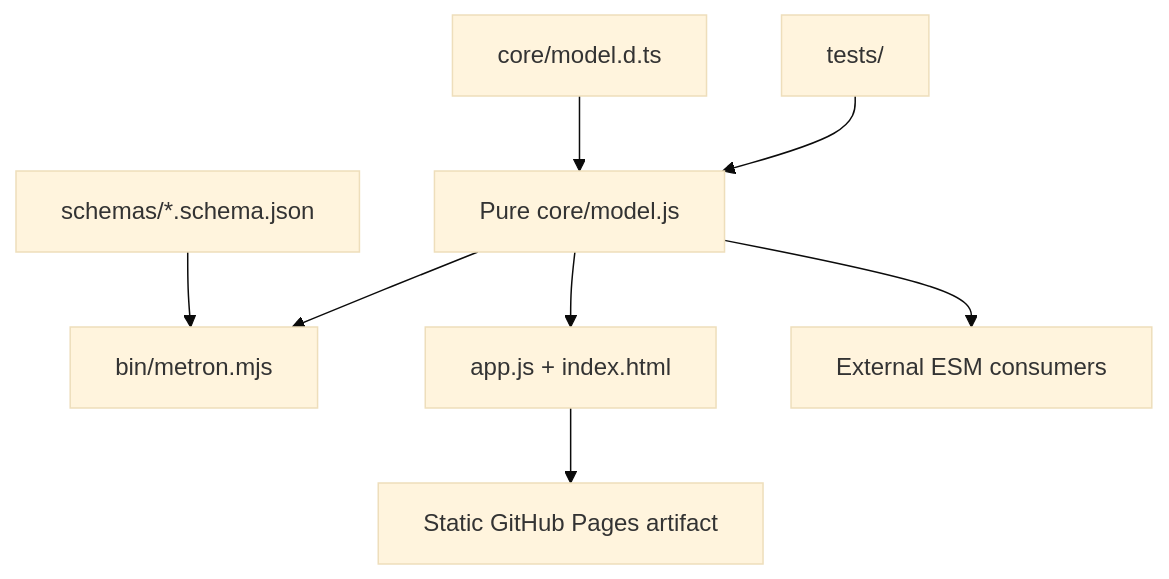
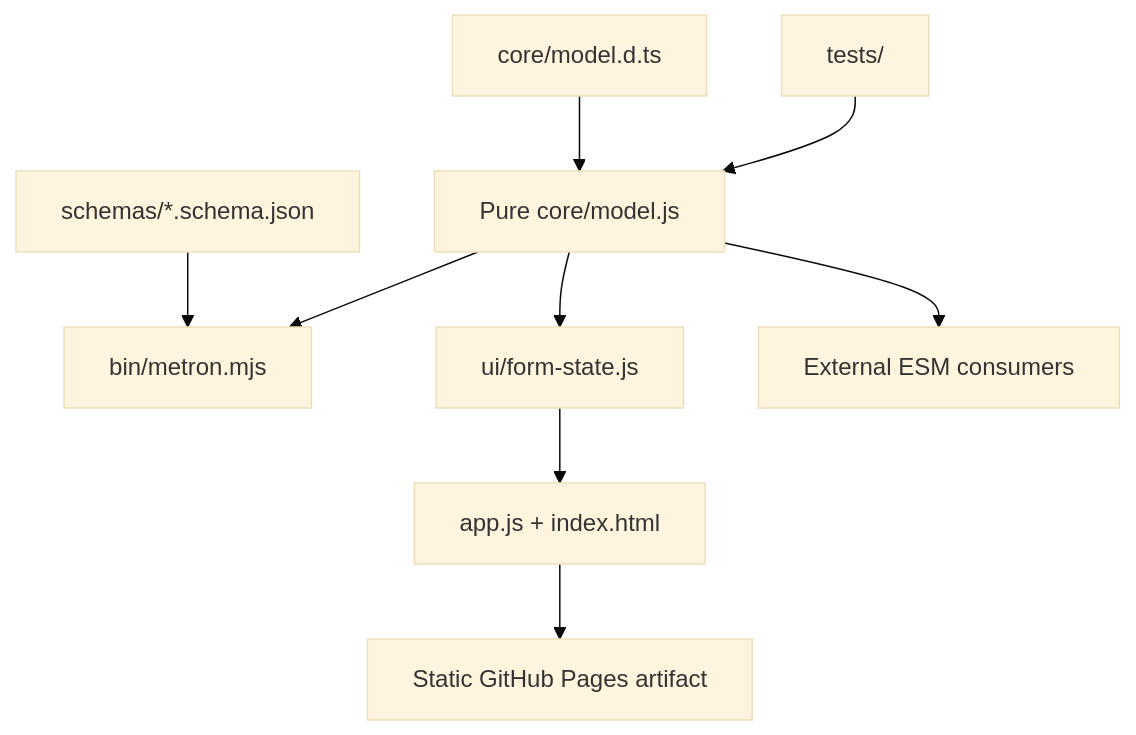
One commit to andydrewie/metron changed the diagram in docs/ARCHITECTURE.md. Above: the diagram before and after it, drawn with Mermaid (base theme). The commit also changed other lines of this file and 23 other files, not shown here.

````diff
--- a/docs/ARCHITECTURE.md
+++ b/docs/ARCHITECTURE.md
@@ -7,11 +7,12 @@
 ```mermaid
 flowchart TD
     Core[Pure core/model.js]
     Types[core/model.d.ts] --> Core
     Schema[schemas/*.schema.json] --> CLI
-    Core --> Web[app.js + index.html]
+    Core --> Form[ui/form-state.js]
+    Form --> Web[app.js + index.html]
     Core --> CLI[bin/metron.mjs]
     Core --> SDK[External ESM consumers]
     Tests[tests/] --> Core
     Web --> Pages[Static GitHub Pages artifact]
 ```
````
